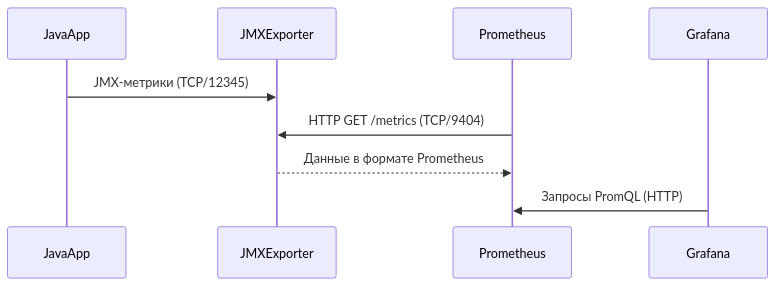
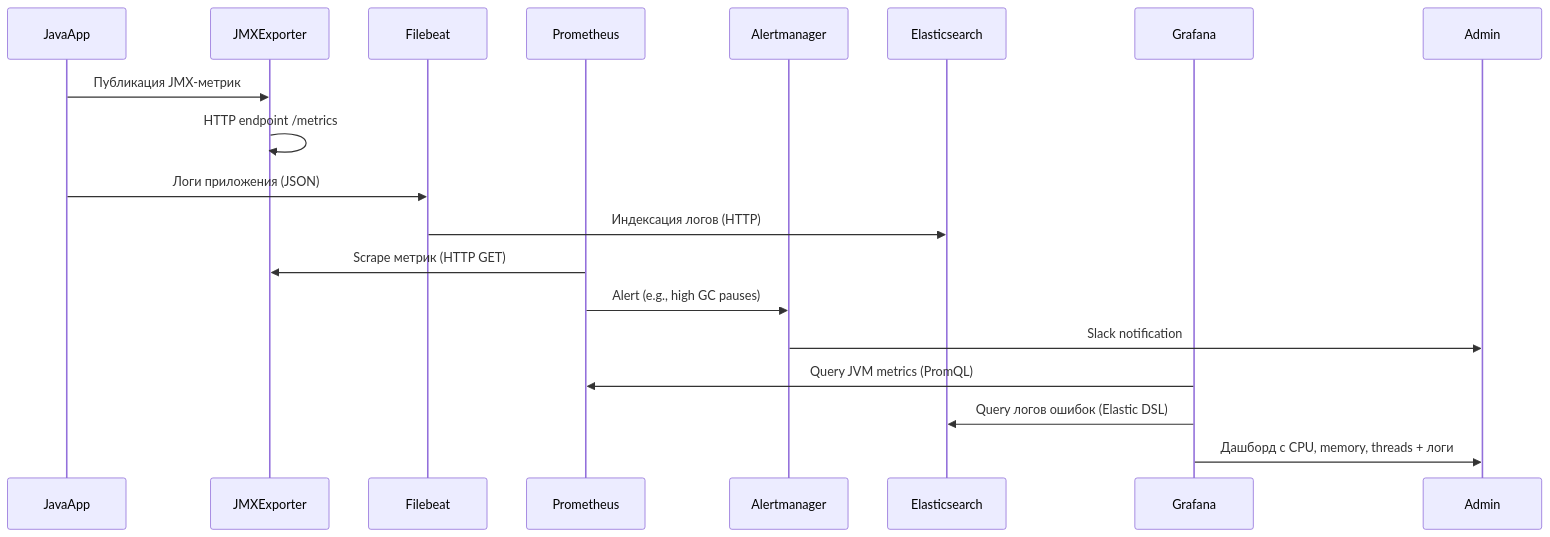
The third of 4 diagrams in Introduction_monitoring/README.md (lamjob1993/linux-monitoring), drawn with Mermaid before and after one commit. The commit also changed other lines of this file, not shown here.

````diff
--- a/Introduction_monitoring/README.md
+++ b/Introduction_monitoring/README.md
@@ -117,12 +126,21 @@
-```mermaid  
-sequenceDiagram  
-    participant JavaApp  
-    participant JMXExporter  
-    participant Prometheus  
-    participant Grafana  
+```mermaid
+sequenceDiagram
+    participant JavaApp
+    participant JMXExporter
+    participant Filebeat
+    participant Prometheus
+    participant Alertmanager
+    participant Elasticsearch
+    participant Grafana
 
-    JavaApp->>JMXExporter: JMX-метрики (TCP/12345)  
-    Prometheus->>JMXExporter: HTTP GET /metrics (TCP/9404)  
-    JMXExporter-->>Prometheus: Данные в формате Prometheus  
-    Grafana->>Prometheus: Запросы PromQL (HTTP)  
-```  
+    JavaApp->>JMXExporter: Публикация JMX-метрик
+    JMXExporter->>JMXExporter: HTTP endpoint /metrics
+    JavaApp->>Filebeat: Логи приложения (JSON)
+    Filebeat->>Elasticsearch: Индексация логов (HTTP)
+    Prometheus->>JMXExporter: Scrape метрик (HTTP GET)
+    Prometheus->>Alertmanager: Alert (e.g., high GC pauses)
+    Alertmanager->>Admin: Slack notification
+    Grafana->>Prometheus: Query JVM metrics (PromQL)
+    Grafana->>Elasticsearch: Query логов ошибок (Elastic DSL)
+    Grafana->>Admin: Дашборд с CPU, memory, threads + логи
+```
````
